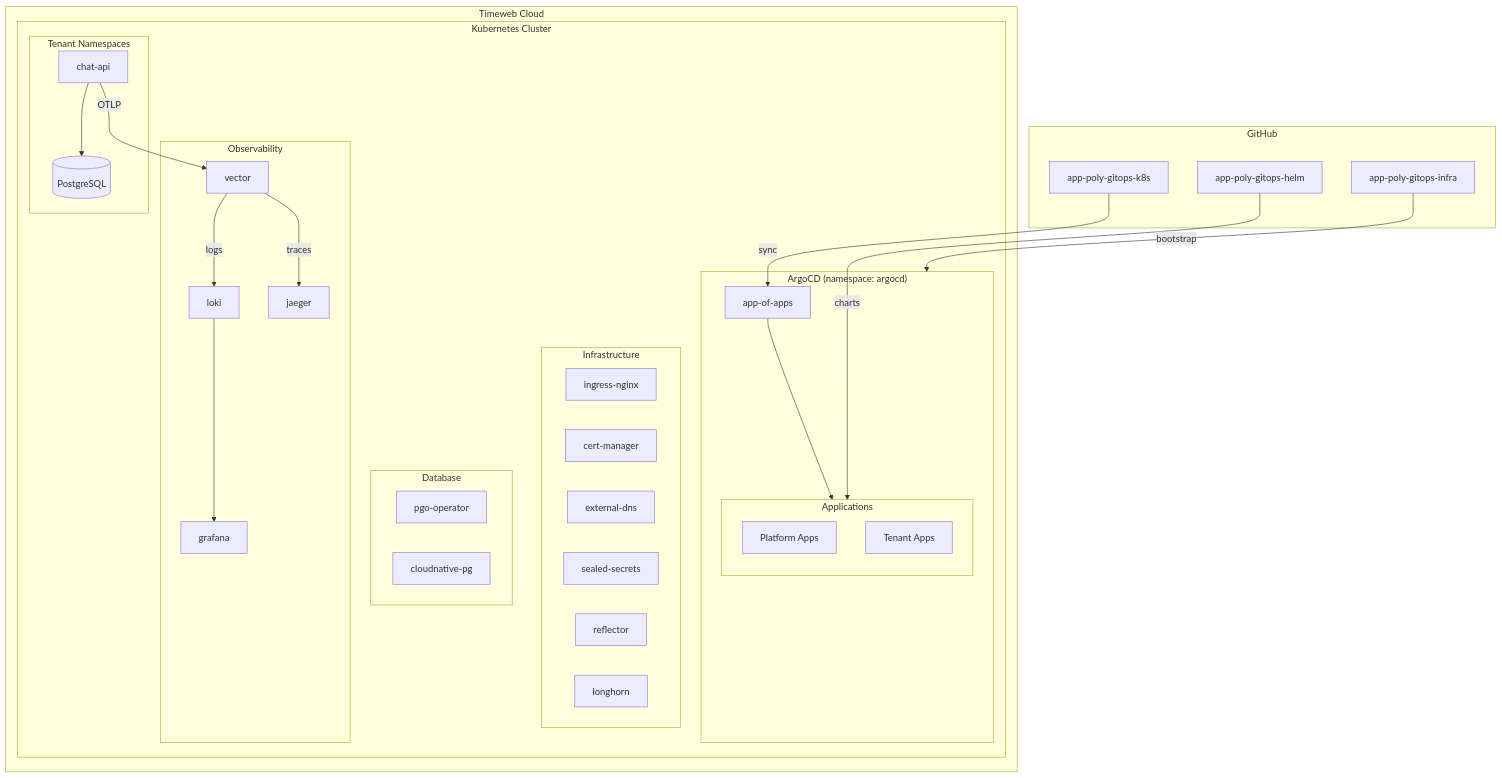
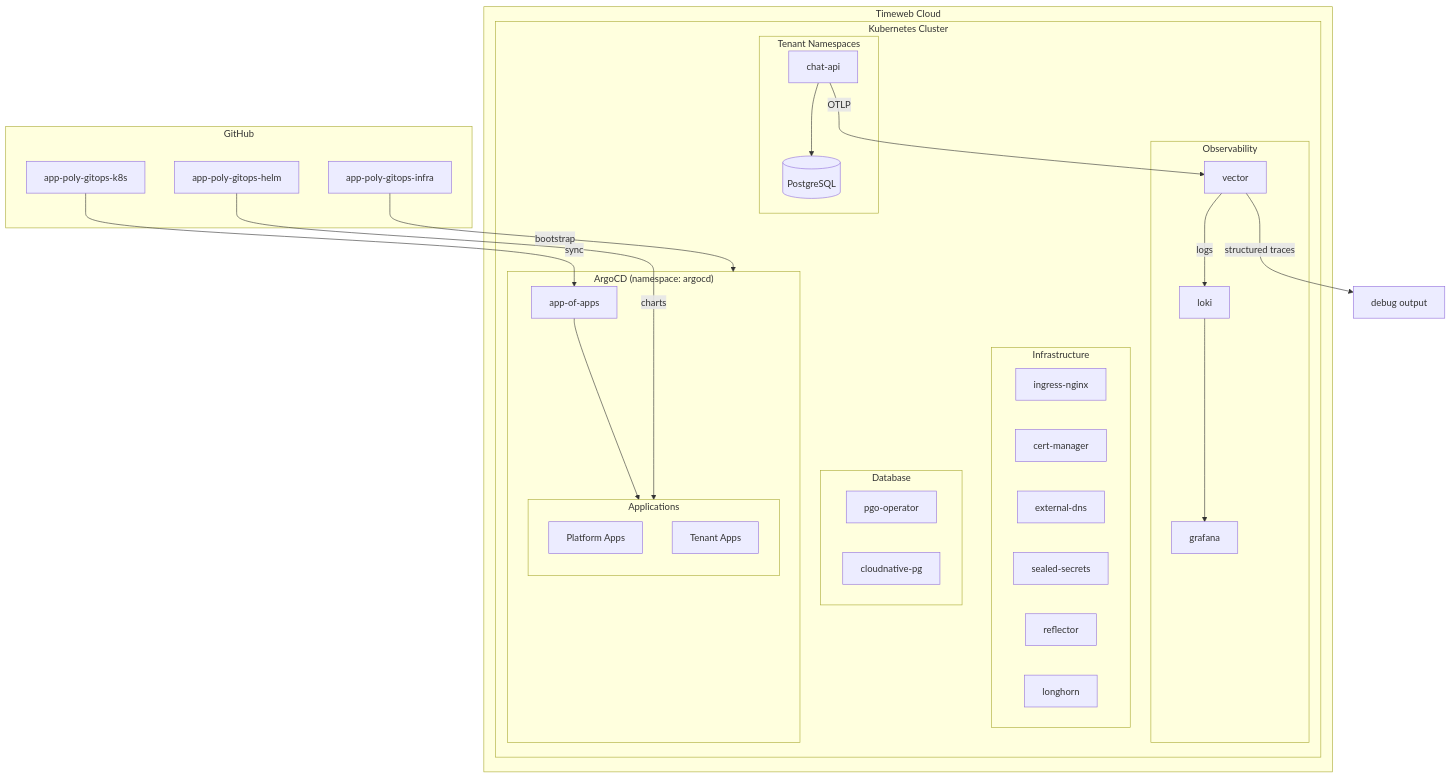
The diagram in docs/architecture.md (justgithubaccount/app-poly-gitops-k8s), drawn with Mermaid before and after one commit. The commit also changed other lines of this file and 5 other files, not shown here.

````diff
--- a/docs/architecture.md
+++ b/docs/architecture.md
@@ -9,59 +9,58 @@
 ```mermaid
 flowchart TB
     subgraph CLOUD["Timeweb Cloud"]
         subgraph K8S["Kubernetes Cluster"]
             subgraph ARGOCD["ArgoCD (namespace: argocd)"]
                 AOA[app-of-apps]
                 AOA --> APPS
             end
 
             subgraph APPS["Applications"]
                 direction TB
                 PLATFORM[Platform Apps]
                 TENANT[Tenant Apps]
             end
 
             subgraph INFRA["Infrastructure"]
                 NGINX[ingress-nginx]
                 CERT[cert-manager]
                 DNS[external-dns]
                 SEALED[sealed-secrets]
                 REFLECT[reflector]
                 LONG[longhorn]
             end
 
             subgraph DB["Database"]
                 PGO[pgo-operator]
                 CNPG[cloudnative-pg]
             end
 
             subgraph OBS["Observability"]
                 LOKI[loki]
                 GRAF[grafana]
                 VEC[vector]
-                JAEGER[jaeger]
             end
 
             subgraph TENANT_NS["Tenant Namespaces"]
                 CHAT[chat-api]
                 CHATDB[(PostgreSQL)]
             end
         end
     end
 
     subgraph GIT["GitHub"]
         K8S_REPO[app-poly-gitops-k8s]
         HELM_REPO[app-poly-gitops-helm]
         INFRA_REPO[app-poly-gitops-infra]
     end
 
     K8S_REPO -->|sync| AOA
     HELM_REPO -->|charts| APPS
     INFRA_REPO -->|bootstrap| ARGOCD
 
     CHAT --> CHATDB
     CHAT -->|OTLP| VEC
     VEC -->|logs| LOKI
-    VEC -->|traces| JAEGER
+    VEC -->|structured traces| VECLOG[debug output]
     LOKI --> GRAF
 ```
````
